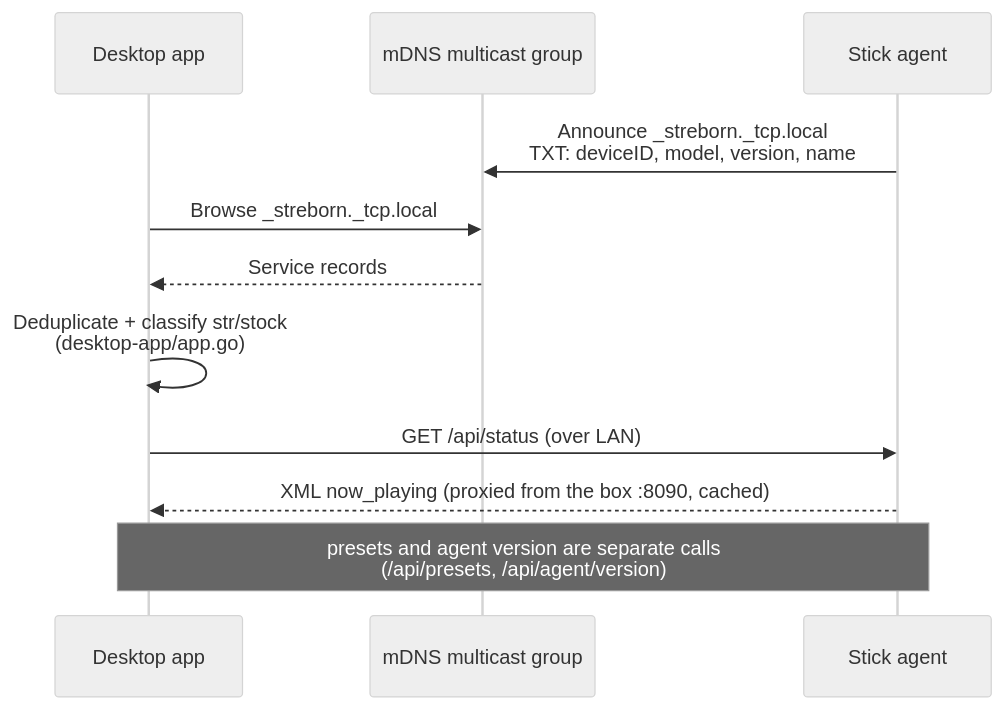
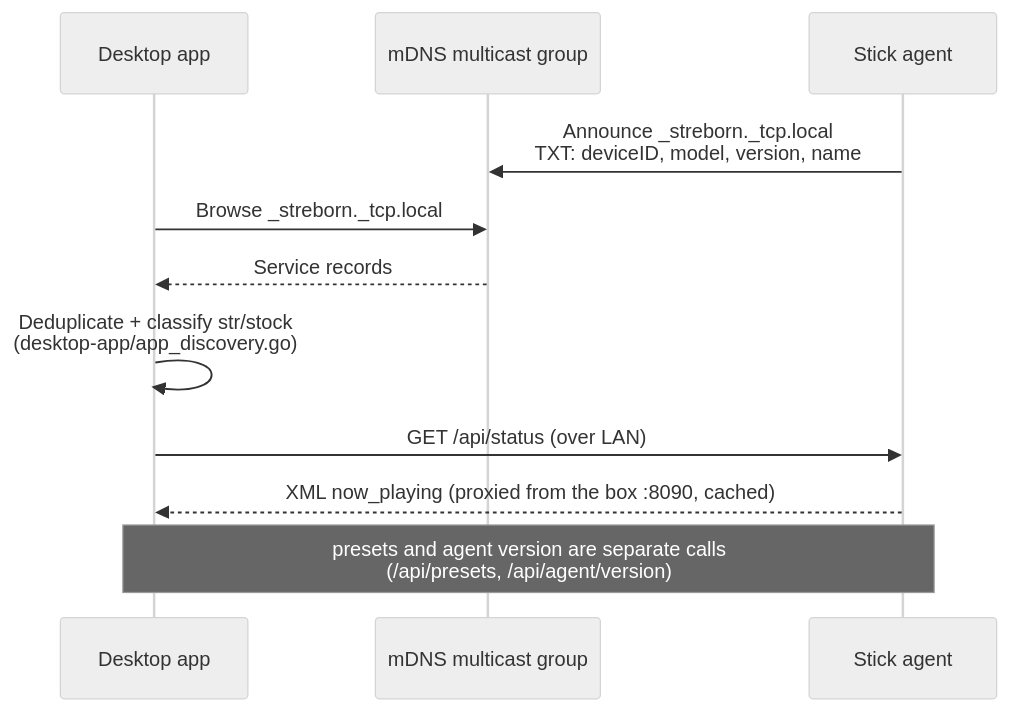
Before and after one commit to JRpersonal/streborn: the second of 9 diagrams in docs/ARCHITECTURE.md, drawn with Mermaid (neutral theme). The commit also changed other lines of this file and 11 other files, not shown here.

````diff
--- a/docs/ARCHITECTURE.md
+++ b/docs/ARCHITECTURE.md
@@ -171,13 +172,13 @@
 ```mermaid
 sequenceDiagram
   participant App as Desktop app
   participant Net as mDNS multicast group
   participant Agent as Stick agent
   Agent->>Net: Announce _streborn._tcp.local<br/>TXT: deviceID, model, version, name
   App->>Net: Browse _streborn._tcp.local
   Net-->>App: Service records
-  App->>App: Deduplicate + classify str/stock<br/>(desktop-app/app.go)
+  App->>App: Deduplicate + classify str/stock<br/>(desktop-app/app_discovery.go)
   App->>Agent: GET /api/status (over LAN)
   Agent-->>App: XML now_playing (proxied from the box :8090, cached)
   Note over App,Agent: presets and agent version are separate calls<br/>(/api/presets, /api/agent/version)
 ```
````
